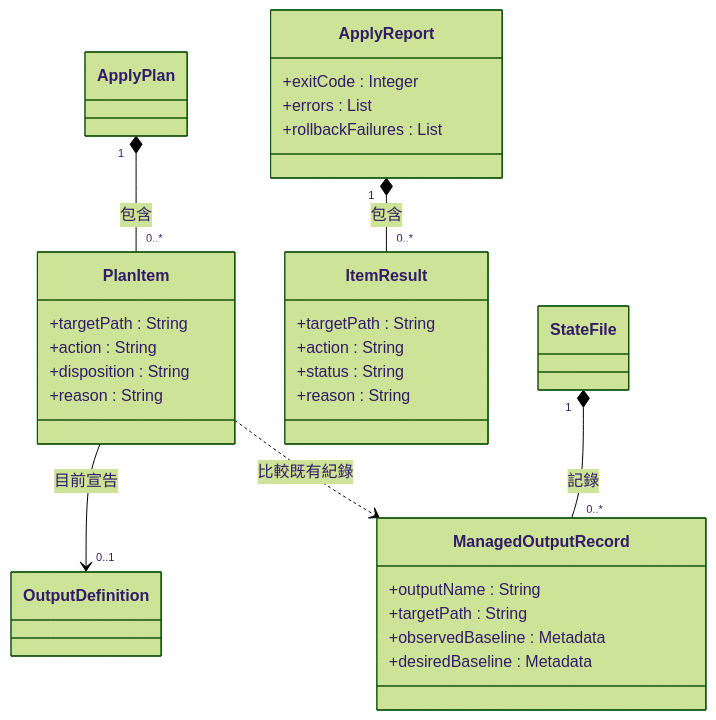
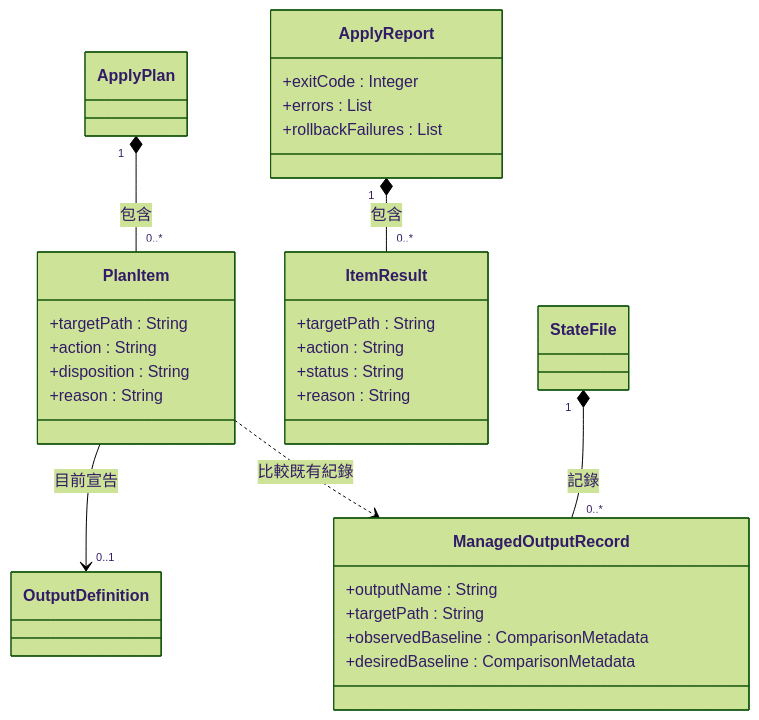
Before and after one commit to accidental-two-timer-sam-woof/rosamta-waterfall: the third of 10 diagrams in docs/03-preliminary-design/uml.md, drawn with Mermaid (forest theme). The commit also changed other lines of this file, not shown here.

Commit message:
docs: fix UML consistency with SRS

````diff
--- a/docs/03-preliminary-design/uml.md
+++ b/docs/03-preliminary-design/uml.md
@@ -104,35 +92,35 @@
 ```mermaid
 classDiagram
     direction TB
     class ApplyPlan
     class PlanItem {
         +targetPath : String
         +action : String
         +disposition : String
         +reason : String
     }
     class ApplyReport {
         +exitCode : Integer
         +errors : List
         +rollbackFailures : List
     }
     class ItemResult {
         +targetPath : String
         +action : String
         +status : String
         +reason : String
     }
     class StateFile
     class ManagedOutputRecord {
         +outputName : String
         +targetPath : String
-        +observedBaseline : Metadata
-        +desiredBaseline : Metadata
+        +observedBaseline : ComparisonMetadata
+        +desiredBaseline : ComparisonMetadata
     }
     class OutputDefinition
     ApplyPlan "1" *-- "0..*" PlanItem : 包含
     ApplyReport "1" *-- "0..*" ItemResult : 包含
     StateFile "1" *-- "0..*" ManagedOutputRecord : 記錄
     PlanItem --> "0..1" OutputDefinition : 目前宣告
     PlanItem ..> ManagedOutputRecord : 比較既有紀錄
 ```
````
